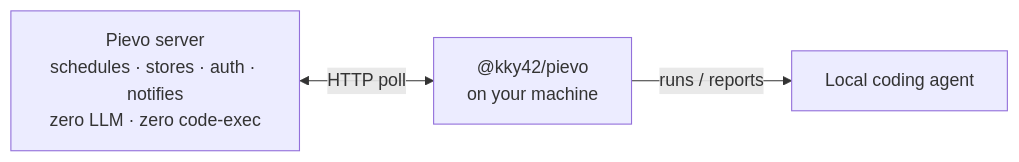
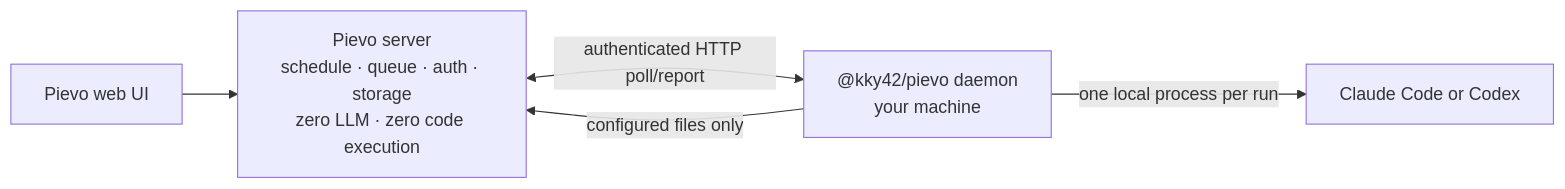
One commit to kky42/pievo changed the diagram in README.md. Above: the diagram before and after it, drawn with Mermaid. The commit also changed other lines of this file and 273 other files, not shown here.

````diff
--- a/README.md
+++ b/README.md
@@ -78,8 +126,7 @@
 ```mermaid
 flowchart LR
-  Server["Pievo server<br/>schedules · stores · auth · notifies<br/>zero LLM · zero code-exec"]
-  Daemon["@kky42/pievo<br/>on your machine"]
-  Agent["Local coding agent"]
-  Server <-->|"HTTP poll"| Daemon
-  Daemon -->|"runs / reports"| Agent
+  UI["Pievo web UI"] --> Server["Pievo server<br/>schedule · queue · auth · storage<br/>zero LLM · zero code execution"]
+  Server <-->|"authenticated HTTP poll/report"| Daemon["@kky42/pievo daemon<br/>your machine"]
+  Daemon -->|"one local process per run"| Agent["Claude Code or Codex"]
+  Daemon -->|"configured files only"| Server
 ```
````
